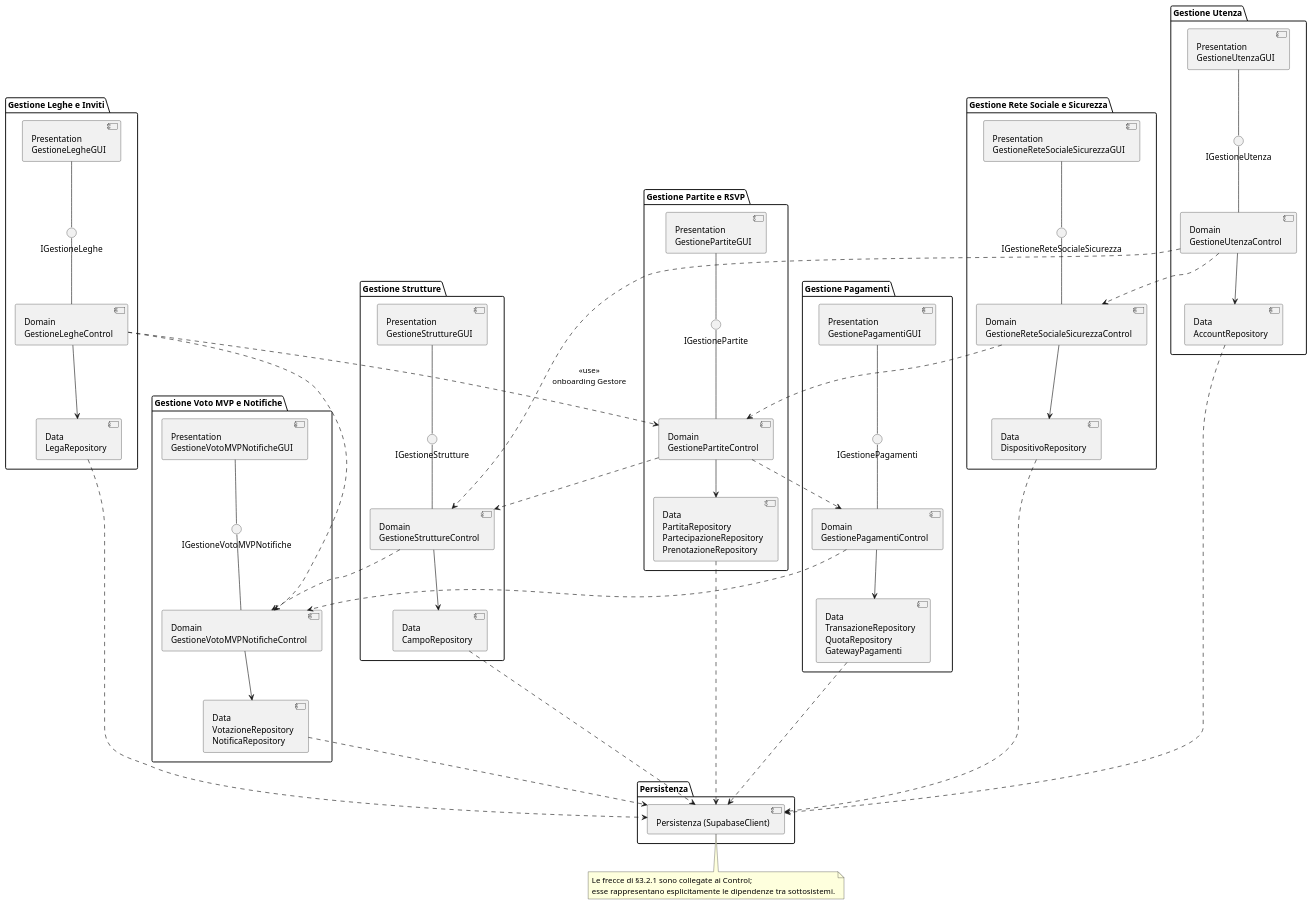
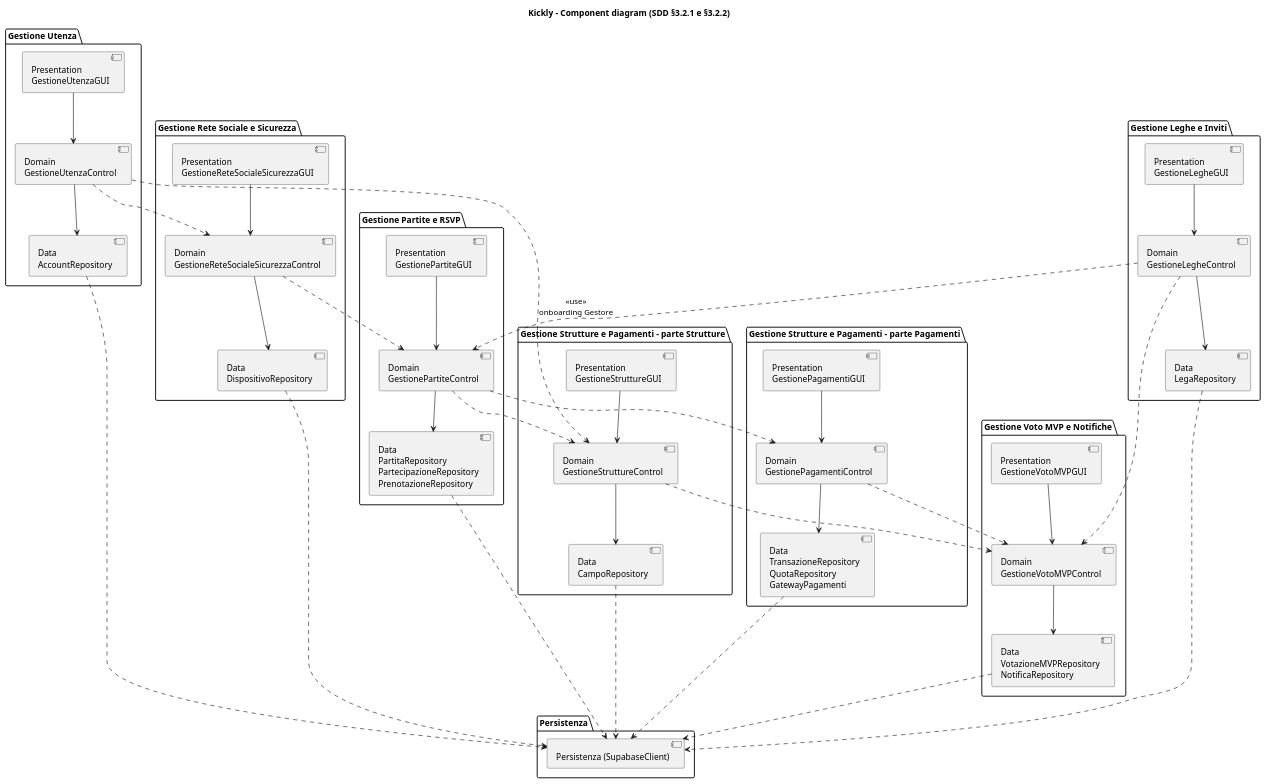
The diagram in docs/sdd/component.puml (UnisaKickly/kickly), drawn with PlantUML before and after one commit. The commit also changed 1 other file, not shown here.

Commit message:
docs: KCK-213 rifinisce component e deployment diagram secondo SDD v1.0
- component: nomi GestioneVotoMVPGUI/Control e VotazioneMVPRepository come nell'SDD,
  tolte le interfacce con nomi inventati, Strutture e Pagamenti in due parti come in §3.2.2,
  titolo e commenti in italiano
- deployment: Flutter Runtime dentro Android/iOS, Supabase come device con Supabase Platform,
  collegamenti dai nodi ai componenti (API Gateway, Realtime, Stripe) e protocolli come in §3.3.1

```diff
--- a/docs/sdd/component.puml
+++ b/docs/sdd/component.puml
@@ -1,100 +1,93 @@
 @startuml
+' Component diagram di Kickly (SDD v1.0, §3.2.1 e §3.2.2).
+' Ogni sottosistema e' diviso in GUI (Presentation), Control (Domain) e Repository (Data).
+' I nomi delle classi sono ESATTAMENTE quelli dell'SDD (AGENTS.md): chi scrive codice li riusa.
+' Tutti i Repository si appoggiano alla Persistenza (SupabaseClient).
+title Kickly - Component diagram (SDD §3.2.1 e §3.2.2)
+
 package "Gestione Utenza" {
   component "Presentation\nGestioneUtenzaGUI" as UtenzaGUI
   component "Domain\nGestioneUtenzaControl" as UtenzaControl
   component "Data\nAccountRepository" as UtenzaRepository
-  interface "IGestioneUtenza" as IUtenza
-  UtenzaGUI --() IUtenza
-  IUtenza -- UtenzaControl
+  UtenzaGUI --> UtenzaControl
   UtenzaControl --> UtenzaRepository
 }
 
 package "Gestione Leghe e Inviti" {
   component "Presentation\nGestioneLegheGUI" as LegheGUI
   component "Domain\nGestioneLegheControl" as LegheControl
   component "Data\nLegaRepository" as LegheRepository
-  interface "IGestioneLeghe" as ILeghe
-  LegheGUI --() ILeghe
-  ILeghe -- LegheControl
+  LegheGUI --> LegheControl
   LegheControl --> LegheRepository
 }
 
 package "Gestione Rete Sociale e Sicurezza" {
   component "Presentation\nGestioneReteSocialeSicurezzaGUI" as ReteSicurezzaGUI
   component "Domain\nGestioneReteSocialeSicurezzaControl" as ReteSicurezzaControl
   component "Data\nDispositivoRepository" as ReteSicurezzaRepository
-  interface "IGestioneReteSocialeSicurezza" as IReteSicurezza
-  ReteSicurezzaGUI --() IReteSicurezza
-  IReteSicurezza -- ReteSicurezzaControl
+  ReteSicurezzaGUI --> ReteSicurezzaControl
   ReteSicurezzaControl --> ReteSicurezzaRepository
 }
 
 package "Gestione Partite e RSVP" {
   component "Presentation\nGestionePartiteGUI" as PartiteGUI
   component "Domain\nGestionePartiteControl" as PartiteControl
   component "Data\nPartitaRepository\nPartecipazioneRepository\nPrenotazioneRepository" as PartiteRepository
-  interface "IGestionePartite" as IPartite
-  PartiteGUI --() IPartite
-  IPartite -- PartiteControl
+  PartiteGUI --> PartiteControl
   PartiteControl --> PartiteRepository
 }
 
-package "Gestione Strutture" {
+' Gestione Strutture e Pagamenti e' un solo sottosistema nell'SDD, ma nel diagramma
+' architetturale (§3.2.2) e' diviso in due parti in base all'attore:
+' GestioneStrutture (Gestore del Campo) e GestionePagamenti (Giocatore).
+package "Gestione Strutture e Pagamenti - parte Strutture" {
   component "Presentation\nGestioneStruttureGUI" as StruttureGUI
   component "Domain\nGestioneStruttureControl" as StruttureControl
   component "Data\nCampoRepository" as StruttureRepository
-  interface "IGestioneStrutture" as IStrutture
-  StruttureGUI --() IStrutture
-  IStrutture -- StruttureControl
+  StruttureGUI --> StruttureControl
   StruttureControl --> StruttureRepository
 }
 
-package "Gestione Voto MVP e Notifiche" {
-  component "Presentation\nGestioneVotoMVPNotificheGUI" as VotoNotificheGUI
-  component "Domain\nGestioneVotoMVPNotificheControl" as VotoNotificheControl
-  component "Data\nVotazioneRepository\nNotificaRepository" as VotoNotificheRepository
-  interface "IGestioneVotoMVPNotifiche" as IVotoNotifiche
-  VotoNotificheGUI --() IVotoNotifiche
-  IVotoNotifiche -- VotoNotificheControl
-  VotoNotificheControl --> VotoNotificheRepository
+package "Gestione Strutture e Pagamenti - parte Pagamenti" {
+  component "Presentation\nGestionePagamentiGUI" as PagamentiGUI
+  component "Domain\nGestionePagamentiControl" as PagamentiControl
+  ' GatewayPagamenti e' l'unico punto di accesso a Stripe Connect (DG8, DG9).
+  component "Data\nTransazioneRepository\nQuotaRepository\nGatewayPagamenti" as PagamentiRepository
+  PagamentiGUI --> PagamentiControl
+  PagamentiControl --> PagamentiRepository
 }
 
-package "Gestione Pagamenti" {
-  component "Presentation\nGestionePagamentiGUI" as PagamentiGUI
-  component "Domain\nGestionePagamentiControl" as PagamentiControl
-  component "Data\nTransazioneRepository\nQuotaRepository\nGatewayPagamenti" as PagamentiRepository
-  interface "IGestionePagamenti" as IPagamenti
-  PagamentiGUI --() IPagamenti
-  IPagamenti -- PagamentiControl
-  PagamentiControl --> PagamentiRepository
+package "Gestione Voto MVP e Notifiche" {
+  component "Presentation\nGestioneVotoMVPGUI" as VotoNotificheGUI
+  component "Domain\nGestioneVotoMVPControl" as VotoNotificheControl
+  component "Data\nVotazioneMVPRepository\nNotificaRepository" as VotoNotificheRepository
+  VotoNotificheGUI --> VotoNotificheControl
+  VotoNotificheControl --> VotoNotificheRepository
 }
 
 package "Persistenza" {
   component "Persistenza (SupabaseClient)" as PersistenzaClient
 }
 
-' Dipendenze tra sottosistemi dall'SDD §3.2.1.
+' Dipendenze tra sottosistemi dall'SDD §3.2.1, disegnate sui Control.
+' Sono le uniche chiamate ammesse tra sottosistemi diversi.
 UtenzaControl ..> ReteSicurezzaControl
-UtenzaControl ..> StruttureControl : «use»\nonboarding Gestore
+UtenzaControl ..> StruttureControl : <<use>>\nonboarding Gestore
 LegheControl ..> PartiteControl
 LegheControl ..> VotoNotificheControl
 ReteSicurezzaControl ..> PartiteControl
 PartiteControl ..> StruttureControl
 PartiteControl ..> PagamentiControl
 StruttureControl ..> VotoNotificheControl
 PagamentiControl ..> VotoNotificheControl
 
-note bottom
-Le frecce di §3.2.1 sono collegate ai Control;
-esse rappresentano esplicitamente le dipendenze tra sottosistemi.
-end note
-' I repository accedono esclusivamente attraverso la Persistenza.
+' I repository accedono ai dati esclusivamente attraverso la Persistenza.
 UtenzaRepository ..> PersistenzaClient
 LegheRepository ..> PersistenzaClient
 ReteSicurezzaRepository ..> PersistenzaClient
 PartiteRepository ..> PersistenzaClient
 StruttureRepository ..> PersistenzaClient
 VotoNotificheRepository ..> PersistenzaClient
 PagamentiRepository ..> PersistenzaClient
 
 @enduml
```
